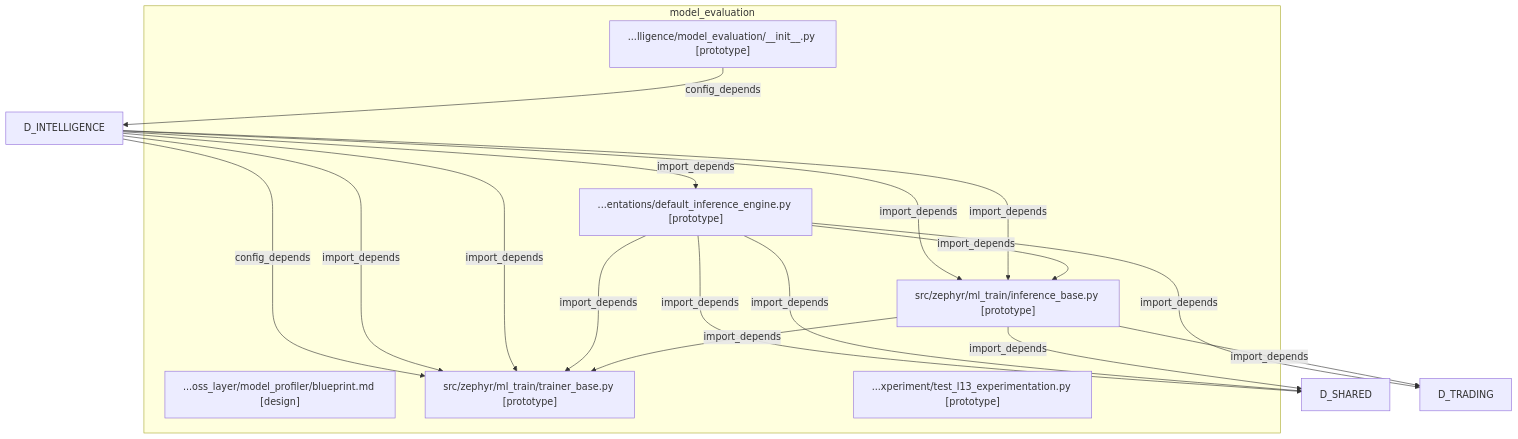
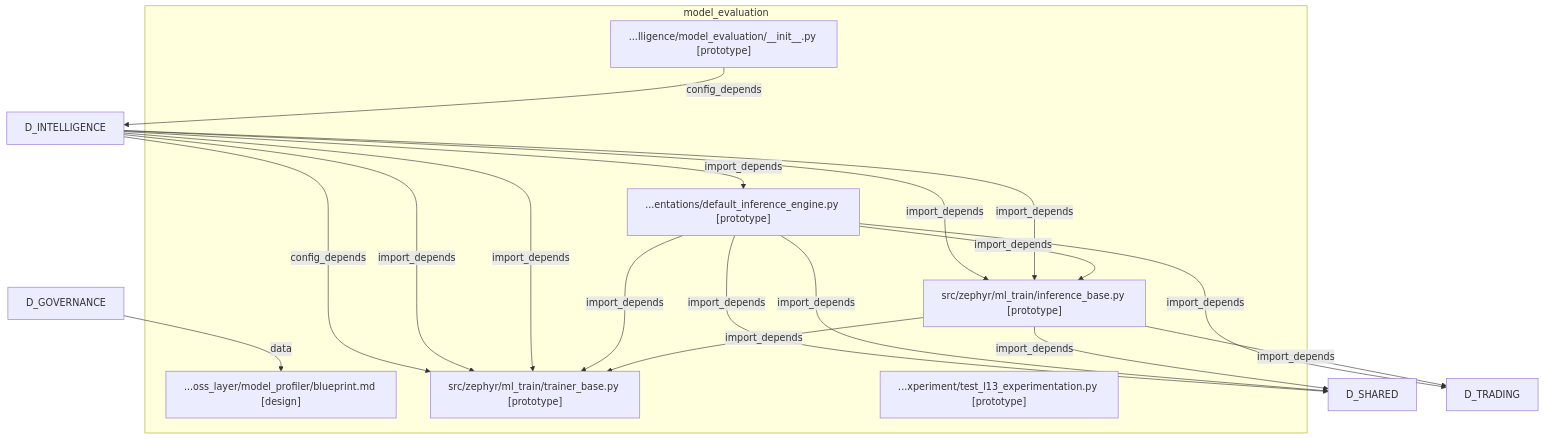
One commit to xuanFelixVan/ZephyrAlpha changed the diagram in docs/02_enterprise_architecture/generated/domains/d_ml_train_dependency.mmd. Above: the diagram before and after it, drawn with Mermaid. The commit also changed 126 other files, not shown here.

```diff
--- a/docs/02_enterprise_architecture/generated/domains/d_ml_train_dependency.mmd
+++ b/docs/02_enterprise_architecture/generated/domains/d_ml_train_dependency.mmd
@@ -1,46 +1,48 @@
 %% D_ML_TRAIN 域全景依赖图
-%% 生成时间: 2026-07-16 22:48:32
+%% 生成时间: 2026-07-17 00:01:38
 %% 数据源: depgraph (PostgreSQL) nodes表 + edges表
-%% 模块数: 6, 依赖边数: 15
+%% 模块数: 6, 依赖边数: 16
 
 graph TD
 
     %% 域内模块（最多显示 100 个）
     subgraph D_ML_TRAIN[model_evaluation]
         docs_03_modules__cross_layer_model_profiler_blueprint_md["...oss_layer/model_profiler/blueprint.md [design]"]
         src_zephyr_intelligence_model_evaluation___init___py["...lligence/model_evaluation/__init__.py [prototype]"]
         src_zephyr_ml_train_implementa___default_inference_engine_py["...entations/default_inference_engine.py [prototype]"]
         src_zephyr_ml_train_inference_base_py["src/zephyr/ml_train/inference_base.py [prototype]"]
         src_zephyr_ml_train_trainer_base_py["src/zephyr/ml_train/trainer_base.py [prototype]"]
         tests_ml_experiment_test_l13_experimentation_py["...xperiment/test_l13_experimentation.py [prototype]"]
     end
 
     %% 域内依赖（最多显示 80 条）
     src_zephyr_ml_train_inference_base_py -->|import_depends| src_zephyr_ml_train_trainer_base_py
     src_zephyr_ml_train_implementa___default_inference_engine_py -->|import_depends| src_zephyr_ml_train_inference_base_py
     src_zephyr_ml_train_implementa___default_inference_engine_py -->|import_depends| src_zephyr_ml_train_trainer_base_py
 
     %% 跨域依赖（入）- 最多显示 30 条
+    %% D_GOVERNANCE -> D_ML_TRAIN (1 条)
+    D_GOVERNANCE[D_GOVERNANCE] -->|data| docs_03_modules__cross_layer_model_profiler_blueprint_md
     %% D_INTELLIGENCE -> D_ML_TRAIN (6 条)
     D_INTELLIGENCE[D_INTELLIGENCE] -->|import_depends| src_zephyr_ml_train_inference_base_py
     D_INTELLIGENCE[D_INTELLIGENCE] -->|import_depends| src_zephyr_ml_train_trainer_base_py
     D_INTELLIGENCE[D_INTELLIGENCE] -->|import_depends| src_zephyr_ml_train_inference_base_py
     D_INTELLIGENCE[D_INTELLIGENCE] -->|import_depends| src_zephyr_ml_train_trainer_base_py
     D_INTELLIGENCE[D_INTELLIGENCE] -->|import_depends| src_zephyr_ml_train_implementa___default_inference_engine_py
     D_INTELLIGENCE[D_INTELLIGENCE] -->|config_depends| src_zephyr_ml_train_trainer_base_py
 
     %% 跨域依赖（出）- 最多显示 30 条
     %% D_ML_TRAIN -> D_INTELLIGENCE (1 条)
     src_zephyr_intelligence_model_evaluation___init___py -->|config_depends| D_INTELLIGENCE[D_INTELLIGENCE]
     %% D_ML_TRAIN -> D_SHARED (3 条)
     src_zephyr_ml_train_inference_base_py -->|import_depends| D_SHARED[D_SHARED]
     src_zephyr_ml_train_implementa___default_inference_engine_py -->|import_depends| D_SHARED[D_SHARED]
     src_zephyr_ml_train_implementa___default_inference_engine_py -->|import_depends| D_SHARED[D_SHARED]
     %% D_ML_TRAIN -> D_TRADING (2 条)
     src_zephyr_ml_train_inference_base_py -->|import_depends| D_TRADING[D_TRADING]
     src_zephyr_ml_train_implementa___default_inference_engine_py -->|import_depends| D_TRADING[D_TRADING]
 
     %% 统计
     %% 域内依赖: 3 条
-    %% 跨域入边: 6 条
+    %% 跨域入边: 7 条
     %% 跨域出边: 6 条
```
